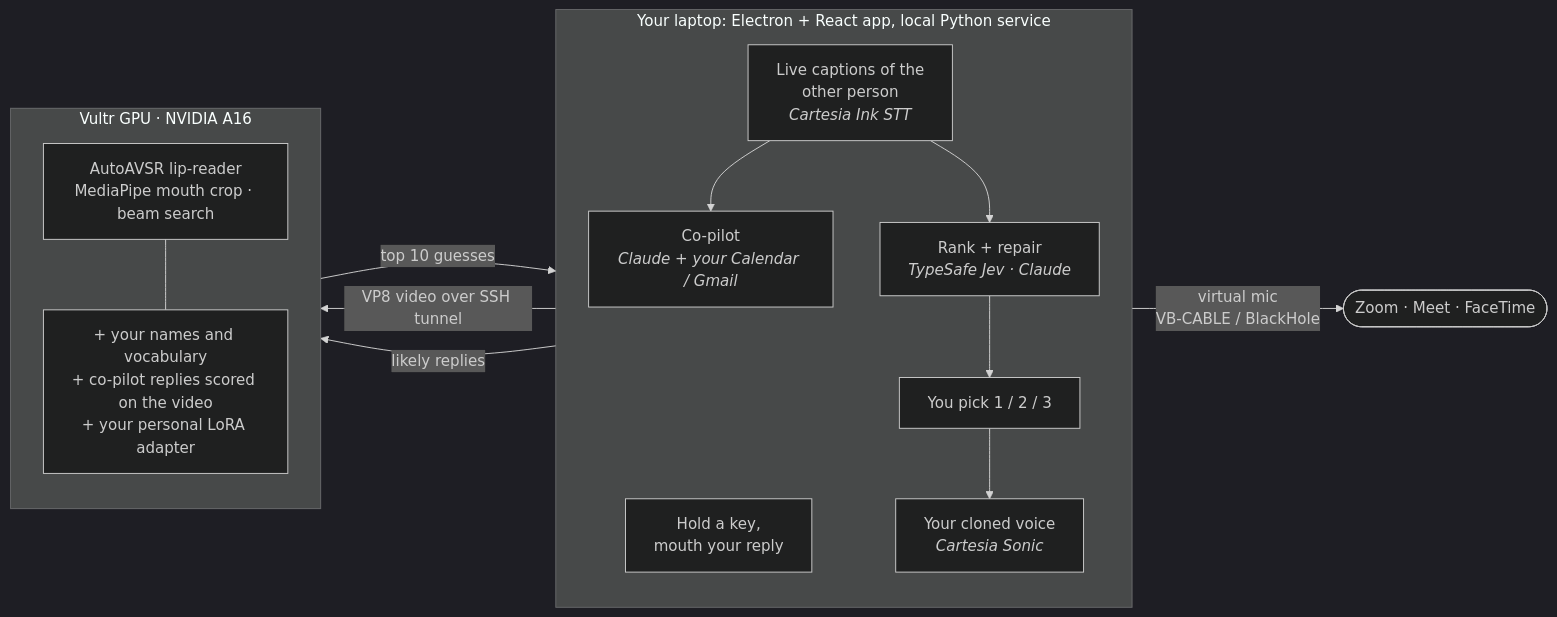
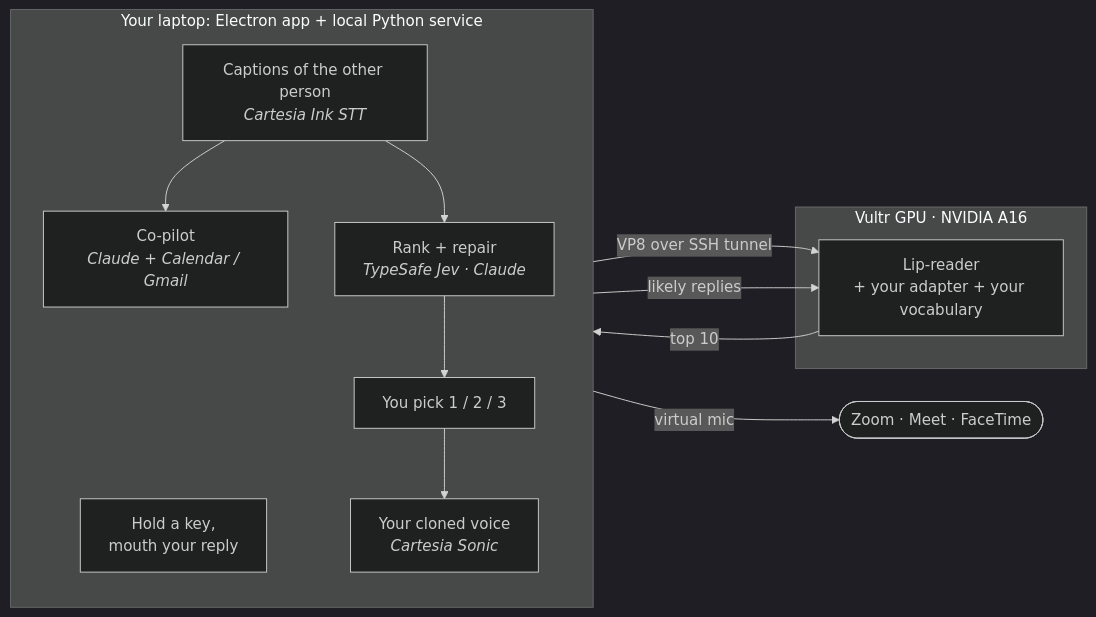
The third of 3 diagrams in README.md (rahulb0802/silent-calls), drawn with Mermaid (dark theme) before and after one commit. The commit also changed other lines of this file, not shown here.

First line of the commit message:
README: lead with the model and personal training; tighter Built with

````diff
--- a/README.md
+++ b/README.md
@@ -47,27 +110,24 @@
 ```mermaid
 flowchart LR
-    subgraph LAPTOP["Your laptop: Electron + React app, local Python service"]
+    subgraph GPU["Vultr GPU · NVIDIA A16"]
+        LIP["Lip-reader<br/>+ your adapter + your vocabulary"]
+    end
+
+    subgraph LAPTOP["Your laptop: Electron app + local Python service"]
         direction TB
         CAM["Hold a key,<br/>mouth your reply"]
-        CAP["Live captions of the<br/>other person<br/><i>Cartesia Ink STT</i>"]
-        COP["Co-pilot<br/><i>Claude + your Calendar / Gmail</i>"]
+        CAP["Captions of the other person<br/><i>Cartesia Ink STT</i>"]
+        COP["Co-pilot<br/><i>Claude + Calendar / Gmail</i>"]
         DEC["Rank + repair<br/><i>TypeSafe Jev · Claude</i>"]
         PICK["You pick 1 / 2 / 3"]
         TTS["Your cloned voice<br/><i>Cartesia Sonic</i>"]
     end
 
-    subgraph GPU["Vultr GPU · NVIDIA A16"]
-        direction TB
-        LIP["AutoAVSR lip-reader<br/>MediaPipe mouth crop · beam search"]
-        BIAS["+ your names and vocabulary<br/>+ co-pilot replies scored on the video<br/>+ your personal LoRA adapter"]
-        LIP --- BIAS
-    end
-
-    CAM -- "VP8 video over SSH tunnel" --> LIP
+    CAM -- "VP8 over SSH tunnel" --> LIP
     CAP --> COP
     COP -- "likely replies" --> LIP
-    LIP -- "top 10 guesses" --> DEC
+    LIP -- "top 10" --> DEC
     CAP --> DEC
     DEC --> PICK --> TTS
-    TTS -- "virtual mic<br/>VB-CABLE / BlackHole" --> CALL(["Zoom · Meet · FaceTime"])
+    TTS -- "virtual mic" --> CALL(["Zoom · Meet · FaceTime"])
 ```
````
